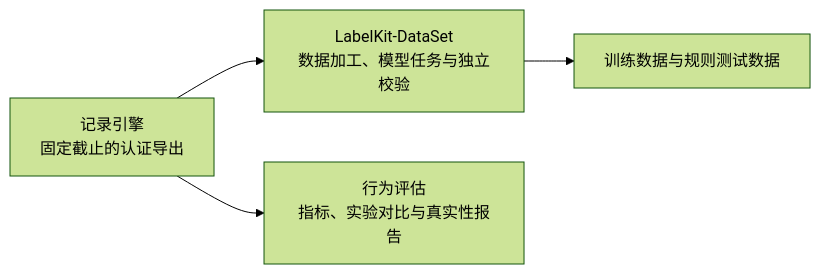
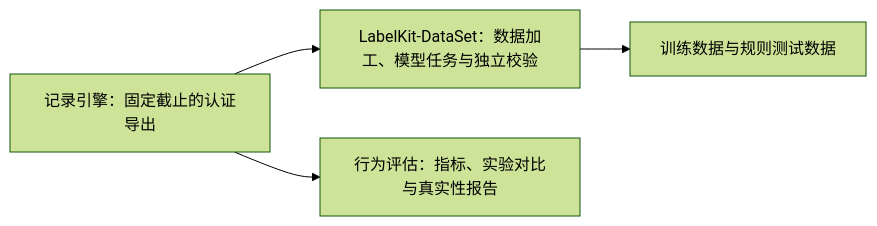
Before and after one commit to HoldThatThgt/WorldMock: the fourth of 5 diagrams in docs/design/01-architecture.md, drawn with Mermaid (forest theme). The commit also changed other lines of this file and 19 other files, not shown here.

````diff
--- a/docs/design/01-architecture.md
+++ b/docs/design/01-architecture.md
@@ -153,6 +154,6 @@
 ```mermaid
 flowchart LR
-    F[记录引擎<br/>固定截止的认证导出] --> L[LabelKit-DataSet<br/>数据加工、模型任务与独立校验]
-    L --> O[训练数据与规则测试数据]
-    F --> E[行为评估<br/>指标、实验对比与真实性报告]
+    F["记录引擎：固定截止的认证导出"] --> L["LabelKit-DataSet：数据加工、模型任务与独立校验"]
+    L --> O["训练数据与规则测试数据"]
+    F --> E["行为评估：指标、实验对比与真实性报告"]
 ```
````
